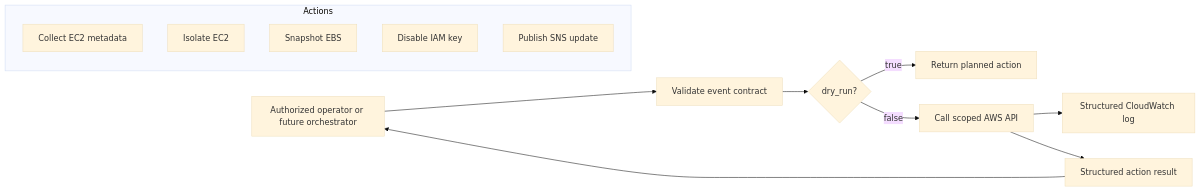
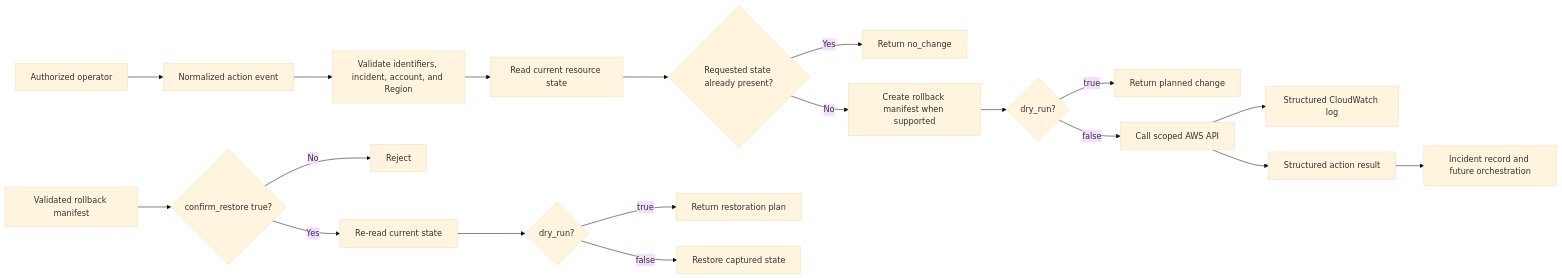
The first of 3 diagrams in automation/docs/architecture.md (cliffvj/aws-incident-response-playbook), drawn with Mermaid (base theme) before and after one commit. The commit also changed other lines of this file and 118 other files, not shown here.

Commit message:
feat: add reversible incident response actions

````diff
--- a/automation/docs/architecture.md
+++ b/automation/docs/architecture.md
@@ -3,18 +3,22 @@
 ```mermaid
 flowchart LR
-    O[Authorized operator or future orchestrator] --> V[Validate event contract]
-    V --> D{dry_run?}
-    D -->|true| P[Return planned action]
+    O[Authorized operator] --> E[Normalized action event]
+    E --> V[Validate identifiers, incident, account, and Region]
+    V --> R[Read current resource state]
+    R --> I{Requested state already present?}
+    I -->|Yes| N[Return no_change]
+    I -->|No| M[Create rollback manifest when supported]
+    M --> D{dry_run?}
+    D -->|true| P[Return planned change]
     D -->|false| A[Call scoped AWS API]
     A --> L[Structured CloudWatch log]
-    A --> R[Structured action result]
-    R --> O
+    A --> S[Structured action result]
+    S --> C[Incident record and future orchestration]
 
-    subgraph Actions
-      M[Collect EC2 metadata]
-      I[Isolate EC2]
-      S[Snapshot EBS]
-      K[Disable IAM key]
-      N[Publish SNS update]
-    end
+    RM[Validated rollback manifest] --> CV{confirm_restore true?}
+    CV -->|No| X[Reject]
+    CV -->|Yes| RV[Re-read current state]
+    RV --> RD{dry_run?}
+    RD -->|true| RP[Return restoration plan]
+    RD -->|false| RA[Restore captured state]
 ```
````
